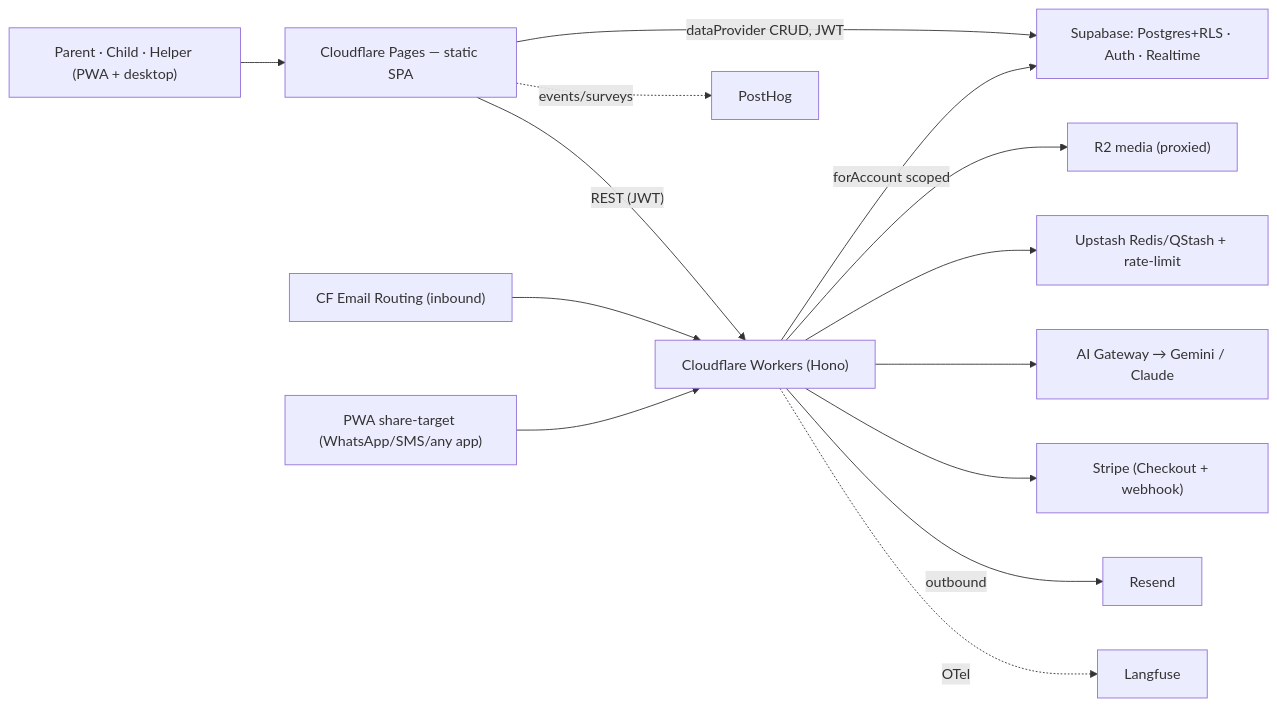
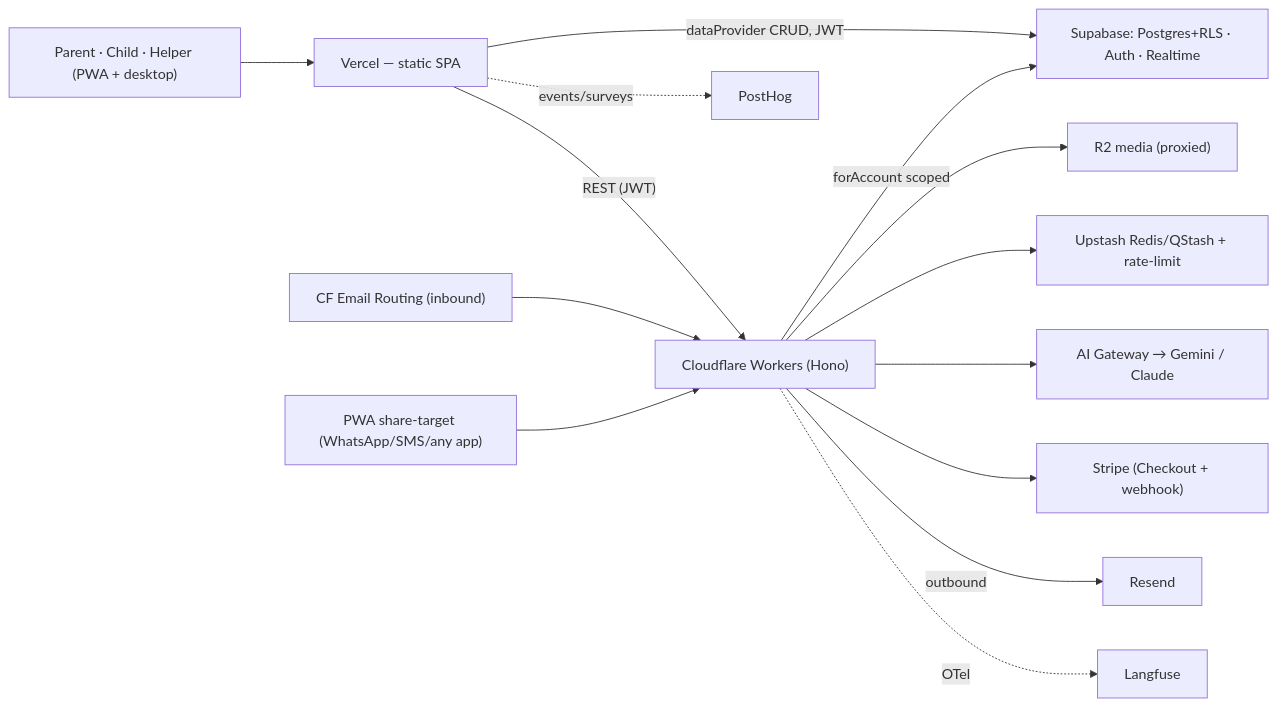
Before and after one commit to dniasoff/myshadchan: the first of 3 diagrams in _bmad-output/planning-artifacts/architecture/architecture-myshadchan-2026-07-21/SOLUTION-DESIGN.md, drawn with Mermaid. The commit also changed other lines of this file and 80 other files, not shown here.

````diff
--- a/_bmad-output/planning-artifacts/architecture/architecture-myshadchan-2026-07-21/SOLUTION-DESIGN.md
+++ b/_bmad-output/planning-artifacts/architecture/architecture-myshadchan-2026-07-21/SOLUTION-DESIGN.md
@@ -41,16 +43,16 @@
 ```mermaid
 graph LR
-  U["Parent · Child · Helper (PWA + desktop)"] --> V["Cloudflare Pages — static SPA"]
+  U["Parent · Child · Helper (PWA + desktop)"] --> V["Vercel — static SPA"]
   V -->|dataProvider CRUD, JWT| SB["Supabase: Postgres+RLS · Auth · Realtime"]
   V -->|"REST (JWT)"| W["Cloudflare Workers (Hono)"]
   W -->|forAccount scoped| SB
   W --> R2["R2 media (proxied)"]
   W --> UP["Upstash Redis/QStash + rate-limit"]
   W --> AG["AI Gateway → Gemini / Claude"]
   W --> ST["Stripe (Checkout + webhook)"]
   CFE["CF Email Routing (inbound)"] --> W
   SHR["PWA share-target (WhatsApp/SMS/any app)"] --> W
   W -->|outbound| RS["Resend"]
   W -.OTel.-> LF["Langfuse"]
   V -.events/surveys.-> PH["PostHog"]
 ```
````
